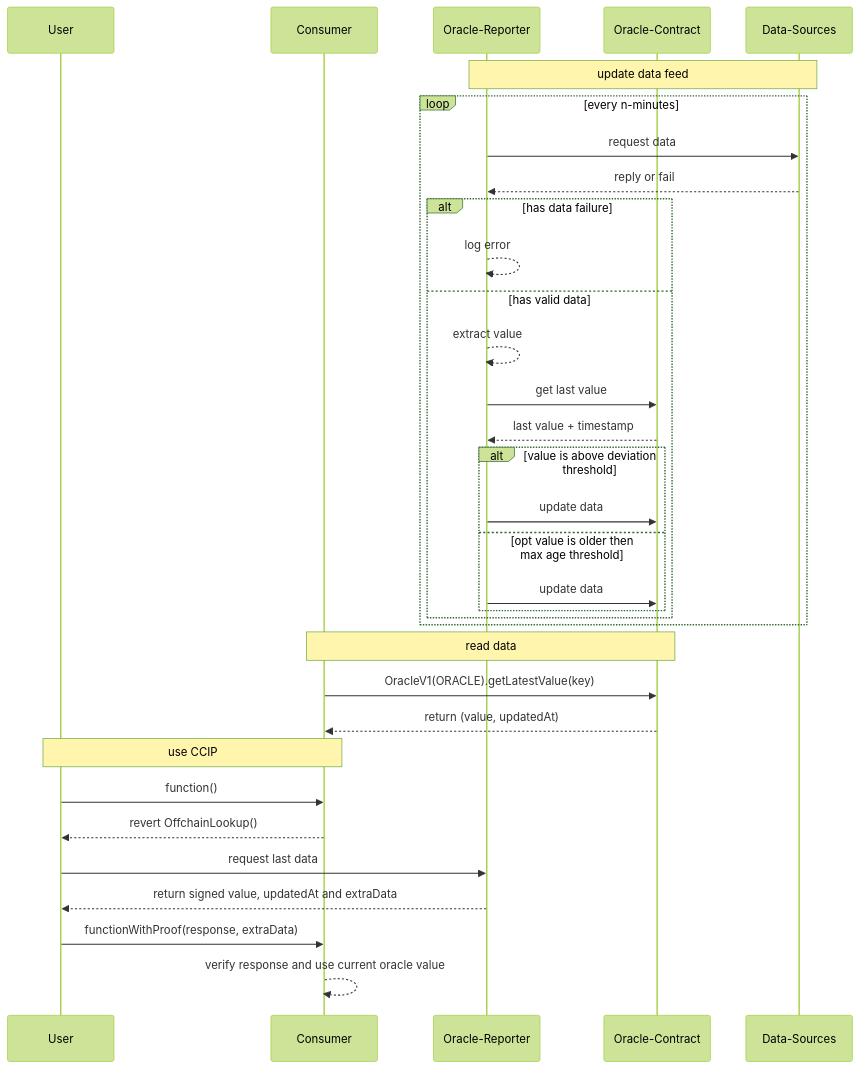
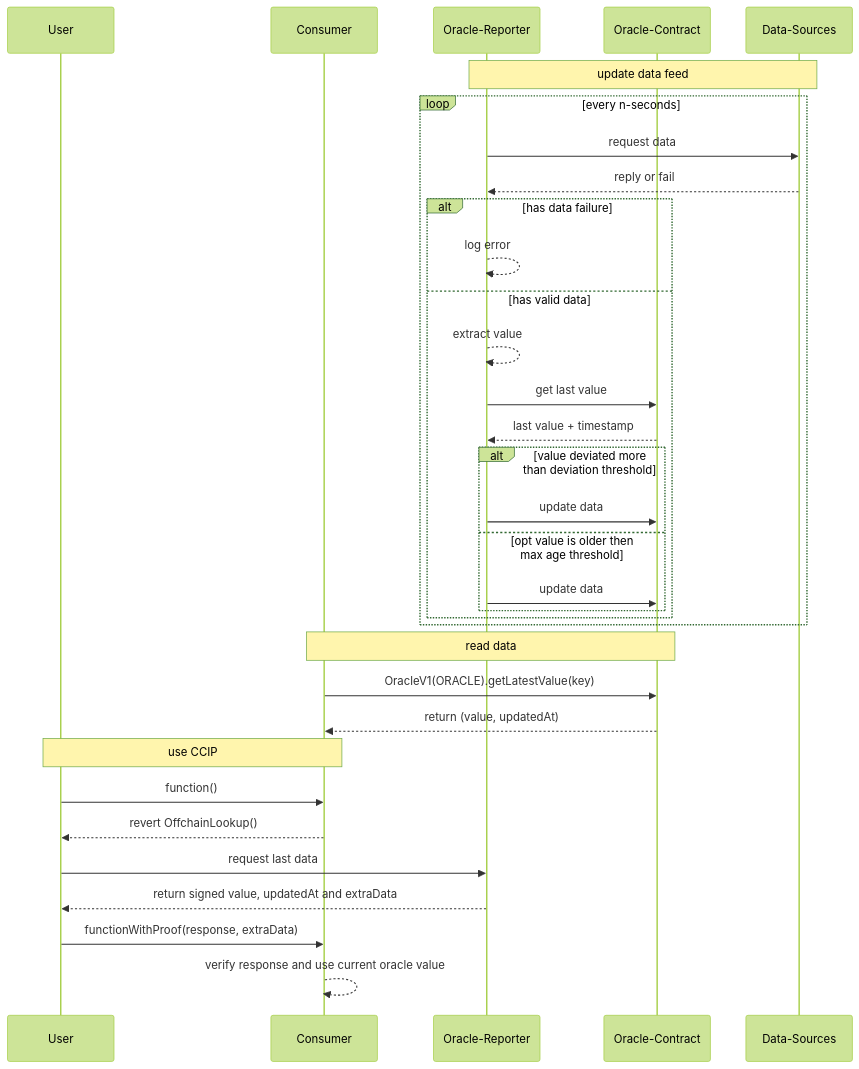
The diagram in applications/oracle.vechain.energy.md (vechain-energy/grant-program), drawn with Mermaid (forest theme) before and after one commit. The commit also changed other lines of this file, not shown here.

````diff
--- a/applications/oracle.vechain.energy.md
+++ b/applications/oracle.vechain.energy.md
@@ -102,42 +102,42 @@
 ```mermaid
 sequenceDiagram
     participant User
     participant Consumer
     participant Oracle-Reporter
     participant Oracle-Contract
     participant Data-Sources
 
     note over Oracle-Reporter,Data-Sources: update data feed
-    loop every n-minutes
+    loop every n-seconds
       Oracle-Reporter->>Data-Sources: request data
       Data-Sources-->>Oracle-Reporter: reply or fail
 
       alt has data failure
         Oracle-Reporter-->>Oracle-Reporter: log error
       else has valid data
        Oracle-Reporter-->>Oracle-Reporter: extract value
         Oracle-Reporter->>Oracle-Contract: get last value
         Oracle-Contract-->>Oracle-Reporter: last value + timestamp
 
-        alt value is above deviation threshold
+        alt value deviated more than deviation threshold
           Oracle-Reporter->>Oracle-Contract: update data
         else opt value is older then max age threshold
           Oracle-Reporter->>Oracle-Contract: update data
         end
       end
     end
 
 
     note over Consumer,Oracle-Contract: read data
     Consumer->>Oracle-Contract: OracleV1(ORACLE).getLatestValue(key)
     Oracle-Contract-->>Consumer: return (value, updatedAt)
 
 
     note over User,Consumer: use CCIP
     User->>Consumer: function()
     Consumer-->>User: revert OffchainLookup()
     User->>Oracle-Reporter: request last data
     Oracle-Reporter-->>User: return signed value, updatedAt and extraData
     User->>Consumer: functionWithProof(response, extraData)
     Consumer-->>Consumer: verify response and use current oracle value
 ```
````
